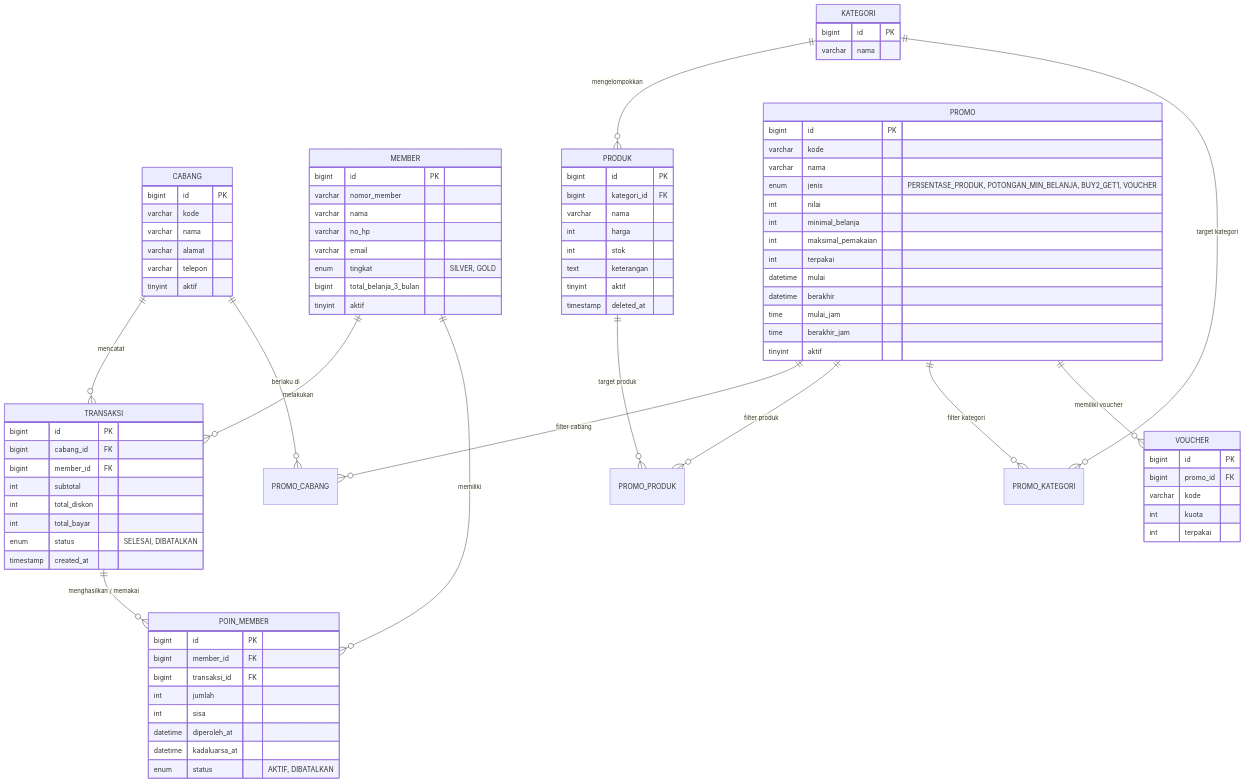
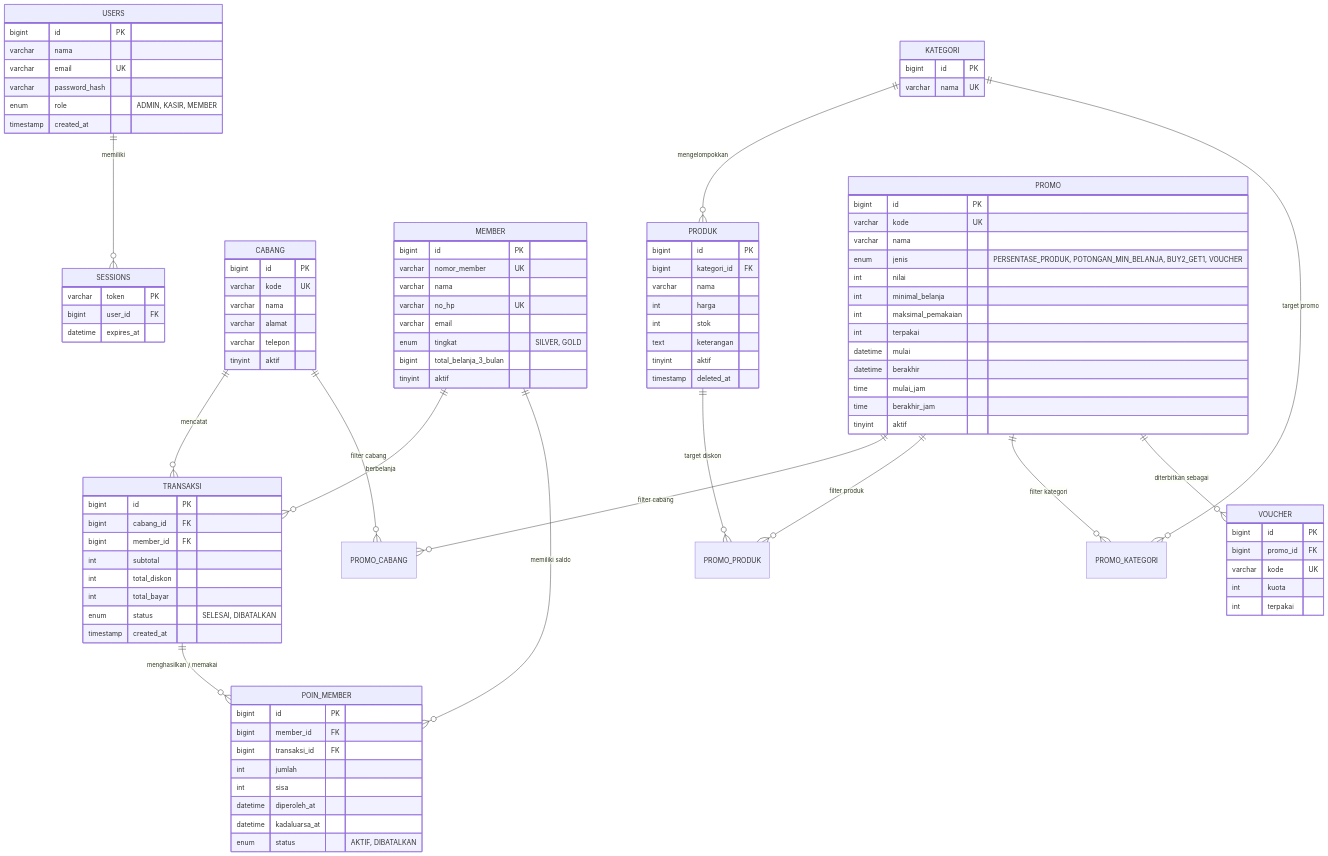
Before and after one commit to bilaaah/SeduhPoin: the diagram in README.md, drawn with Mermaid. The commit also changed other lines of this file and 12 other files, not shown here.

````diff
--- a/README.md
+++ b/README.md
@@ -146,21 +121,37 @@
 ```mermaid
 erDiagram
+    USERS ||--o{ SESSIONS : "memiliki"
     CABANG ||--o{ TRANSAKSI : "mencatat"
-    CABANG ||--o{ PROMO_CABANG : "berlaku di"
-    MEMBER ||--o{ TRANSAKSI : "melakukan"
-    MEMBER ||--o{ POIN_MEMBER : "memiliki"
+    CABANG ||--o{ PROMO_CABANG : "filter cabang"
+    MEMBER ||--o{ TRANSAKSI : "berbelanja"
+    MEMBER ||--o{ POIN_MEMBER : "memiliki saldo"
     KATEGORI ||--o{ PRODUK : "mengelompokkan"
-    KATEGORI ||--o{ PROMO_KATEGORI : "target kategori"
-    PRODUK ||--o{ PROMO_PRODUK : "target produk"
+    KATEGORI ||--o{ PROMO_KATEGORI : "target promo"
+    PRODUK ||--o{ PROMO_PRODUK : "target diskon"
     PROMO ||--o{ PROMO_CABANG : "filter cabang"
     PROMO ||--o{ PROMO_PRODUK : "filter produk"
     PROMO ||--o{ PROMO_KATEGORI : "filter kategori"
-    PROMO ||--o{ VOUCHER : "memiliki voucher"
+    PROMO ||--o{ VOUCHER : "diterbitkan sebagai"
     TRANSAKSI ||--o{ POIN_MEMBER : "menghasilkan / memakai"
+
+    USERS {
+        bigint id PK
+        varchar nama
+        varchar email UK
+        varchar password_hash
+        enum role "ADMIN, KASIR, MEMBER"
+        timestamp created_at
+    }
+
+    SESSIONS {
+        varchar token PK
+        bigint user_id FK
+        datetime expires_at
+    }
 
     CABANG {
         bigint id PK
-        varchar kode
+        varchar kode UK
         varchar nama
         varchar alamat
         varchar telepon
@@ -169,7 +160,7 @@
 
     KATEGORI {
         bigint id PK
-        varchar nama
+        varchar nama UK
     }
 
     PRODUK {
@@ -185,9 +176,9 @@
 
     MEMBER {
         bigint id PK
-        varchar nomor_member
+        varchar nomor_member UK
         varchar nama
-        varchar no_hp
+        varchar no_hp UK
         varchar email
         enum tingkat "SILVER, GOLD"
         bigint total_belanja_3_bulan
@@ -196,7 +187,7 @@
 
     PROMO {
         bigint id PK
-        varchar kode
+        varchar kode UK
         varchar nama
         enum jenis "PERSENTASE_PRODUK, POTONGAN_MIN_BELANJA, BUY2_GET1, VOUCHER"
         int nilai
@@ -213,7 +204,7 @@
     VOUCHER {
         bigint id PK
         bigint promo_id FK
-        varchar kode
+        varchar kode UK
         int kuota
         int terpakai
     }
````
